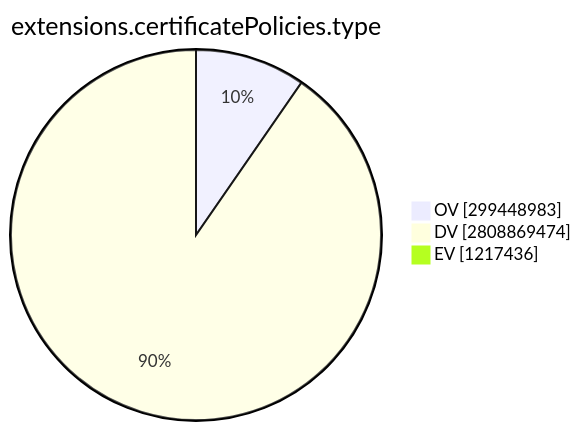
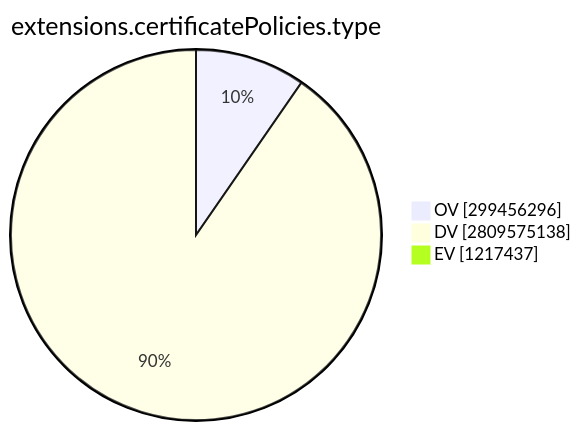
The ninth of 15 diagrams in TOTAL/README.md (christiankrug/ctmonitor_visualization), drawn with Mermaid before and after one commit. The commit also changed other lines of this file, not shown here.

````diff
--- a/TOTAL/README.md
+++ b/TOTAL/README.md
@@ -3101,7 +3101,7 @@
 ```mermaid
 pie showData
 title extensions.certificatePolicies.type
-"OV" :299448983
-"DV" :2808869474
-"EV" :1217436
+"OV" :299456296
+"DV" :2809575138
+"EV" :1217437
 ```
````
